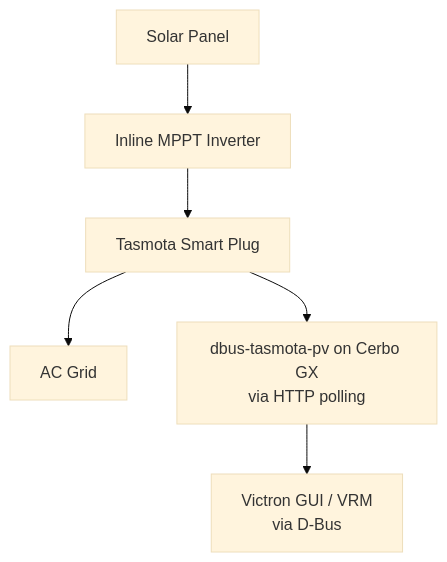
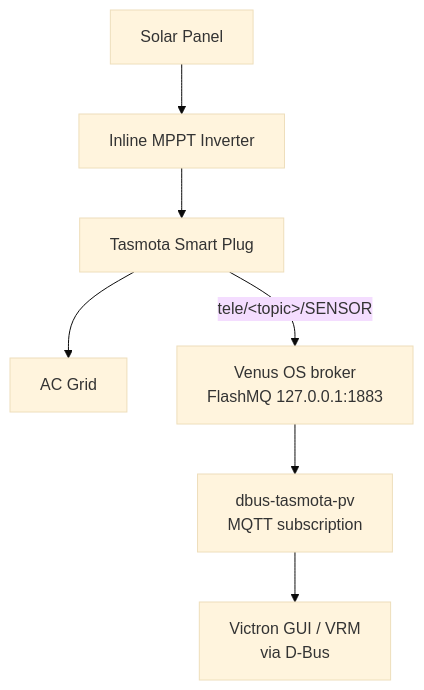
One commit to victron-venus/dbus-tasmota-pv changed the diagram in README.md. Above: the diagram before and after it, drawn with Mermaid (base theme). The commit also changed other lines of this file and 6 other files, not shown here.

First line of the commit message:
feat!: replace HTTP polling with MQTT subscription

````diff
--- a/README.md
+++ b/README.md
@@ -49,8 +49,9 @@
 ```mermaid
 flowchart TB
     SP[Solar Panel] --> MPPT[Inline MPPT Inverter]
     MPPT --> TP[Tasmota Smart Plug]
     TP --> GRID[AC Grid]
-    TP --> SCRIPT[dbus-tasmota-pv on Cerbo GX<br/>via HTTP polling]
+    TP -- tele/&lt;topic&gt;/SENSOR --> BROKER[Venus OS broker<br/>FlashMQ 127.0.0.1:1883]
+    BROKER --> SCRIPT[dbus-tasmota-pv<br/>MQTT subscription]
     SCRIPT --> GUI[Victron GUI / VRM<br/>via D-Bus]
 ```
````
